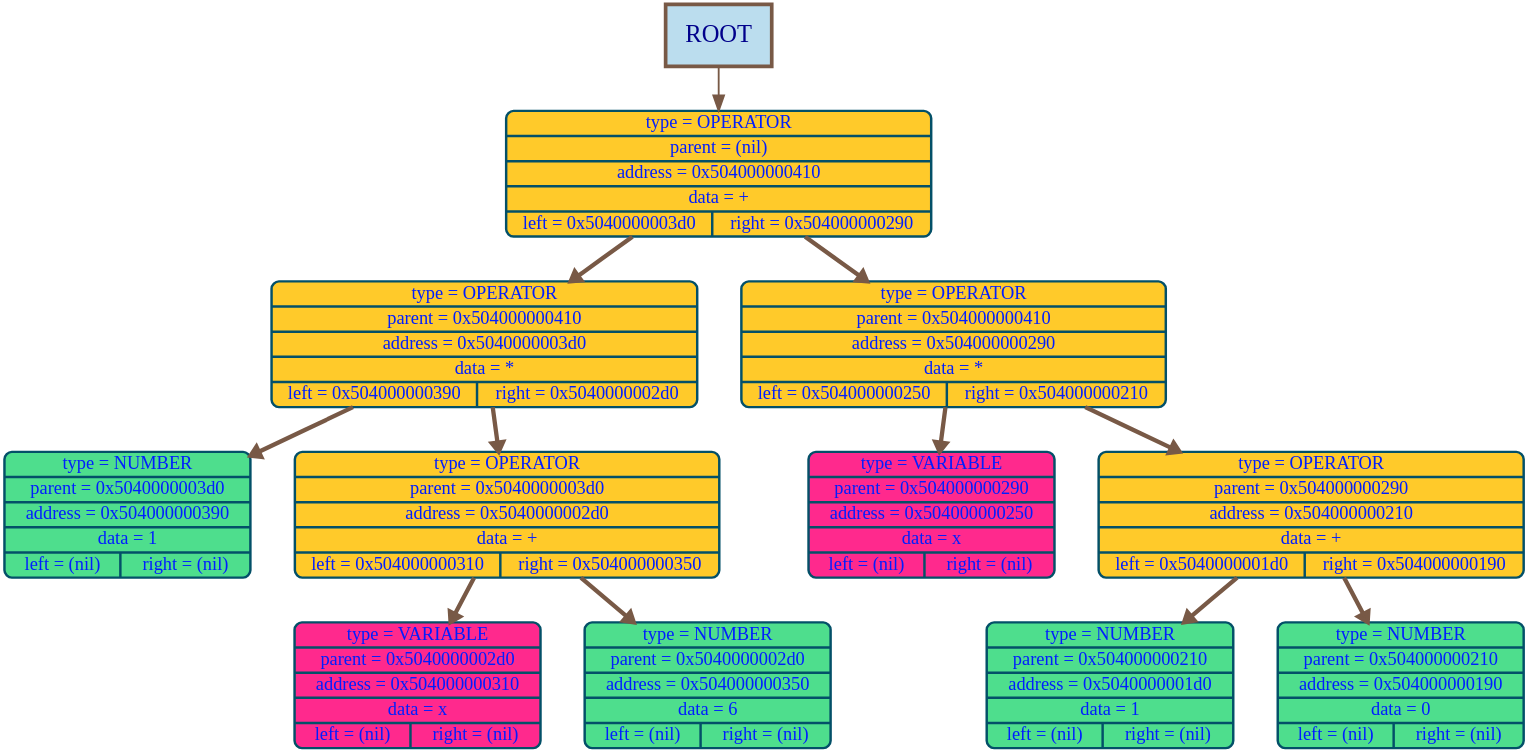
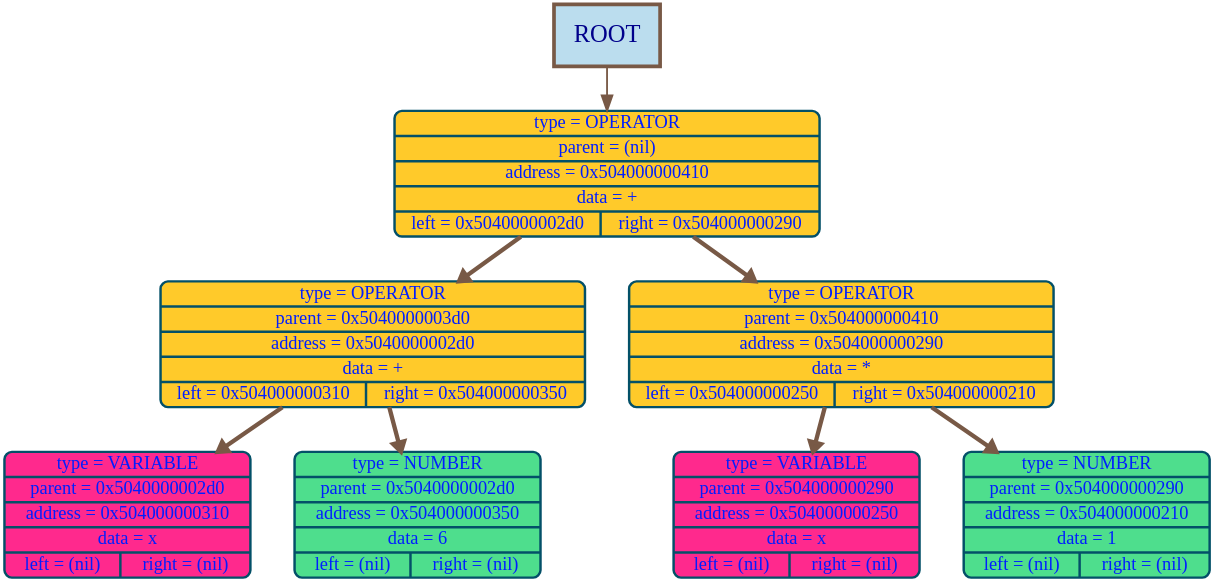
The diagram in graphDumps/graphDump.dot (timoko3/diffirenciator), drawn with Graphviz before and after one commit. The commit also changed 12 other files, not shown here.

```diff
--- a/graphDumps/graphDump.dot
+++ b/graphDumps/graphDump.dot
@@ -1,30 +1,22 @@
 digraph G {
 bgcolor="transparent"
 nodesep = 1;
 ranksep = 1
 	node [shape=Mrecord, style="filled", fillcolor="#70c07cff", fontcolor="#001effff", color="#035068ff", penwidth=4, fontname="Menlo", fontsize=30];
 
-	node1040 [label="{type = OPERATOR | parent = (nil) | address = 0x504000000410 | data = + | {left = 0x5040000003d0 | right = 0x504000000290}} ", fillcolor="#ffca2aff"];
-	node976 [label="{type = OPERATOR | parent = 0x504000000410 | address = 0x5040000003d0 | data = * | {left = 0x504000000390 | right = 0x5040000002d0}} ", fillcolor="#ffca2aff"];
-	node912 [label="{type = NUMBER | parent = 0x5040000003d0 | address = 0x504000000390 | data = 1 | {left = (nil) | right = (nil)}} ", fillcolor="#4ede8dff"];
+	node1040 [label="{type = OPERATOR | parent = (nil) | address = 0x504000000410 | data = + | {left = 0x5040000002d0 | right = 0x504000000290}} ", fillcolor="#ffca2aff"];
 	node720 [label="{type = OPERATOR | parent = 0x5040000003d0 | address = 0x5040000002d0 | data = + | {left = 0x504000000310 | right = 0x504000000350}} ", fillcolor="#ffca2aff"];
 	node784 [label="{type = VARIABLE | parent = 0x5040000002d0 | address = 0x504000000310 | data = x | {left = (nil) | right = (nil)}} ", fillcolor="#ff298dff"];
 	node848 [label="{type = NUMBER | parent = 0x5040000002d0 | address = 0x504000000350 | data = 6 | {left = (nil) | right = (nil)}} ", fillcolor="#4ede8dff"];
 	node656 [label="{type = OPERATOR | parent = 0x504000000410 | address = 0x504000000290 | data = * | {left = 0x504000000250 | right = 0x504000000210}} ", fillcolor="#ffca2aff"];
 	node592 [label="{type = VARIABLE | parent = 0x504000000290 | address = 0x504000000250 | data = x | {left = (nil) | right = (nil)}} ", fillcolor="#ff298dff"];
-	node528 [label="{type = OPERATOR | parent = 0x504000000290 | address = 0x504000000210 | data = + | {left = 0x5040000001d0 | right = 0x504000000190}} ", fillcolor="#ffca2aff"];
-	node464 [label="{type = NUMBER | parent = 0x504000000210 | address = 0x5040000001d0 | data = 1 | {left = (nil) | right = (nil)}} ", fillcolor="#4ede8dff"];
-	node400 [label="{type = NUMBER | parent = 0x504000000210 | address = 0x504000000190 | data = 0 | {left = (nil) | right = (nil)}} ", fillcolor="#4ede8dff"];
-node1040 ->node976 [color="#785946ff", arrowsize=1.5, penwidth=7, weight=1000];
-node976 ->node912 [color="#785946ff", arrowsize=1.5, penwidth=7, weight=1000];
-node976->node720 [color="#785946ff", arrowsize=1.5, penwidth=7, weight=1000];
+	node528 [label="{type = NUMBER | parent = 0x504000000290 | address = 0x504000000210 | data = 1 | {left = (nil) | right = (nil)}} ", fillcolor="#4ede8dff"];
+node1040 ->node720 [color="#785946ff", arrowsize=1.5, penwidth=7, weight=1000];
 node720 ->node784 [color="#785946ff", arrowsize=1.5, penwidth=7, weight=1000];
 node720->node848 [color="#785946ff", arrowsize=1.5, penwidth=7, weight=1000];
 node1040->node656 [color="#785946ff", arrowsize=1.5, penwidth=7, weight=1000];
 node656 ->node592 [color="#785946ff", arrowsize=1.5, penwidth=7, weight=1000];
 node656->node528 [color="#785946ff", arrowsize=1.5, penwidth=7, weight=1000];
-node528 ->node464 [color="#785946ff", arrowsize=1.5, penwidth=7, weight=1000];
-node528->node400 [color="#785946ff", arrowsize=1.5, penwidth=7, weight=1000];
 root_label [shape=box, width = 2.4, height = 1.4, label="ROOT", style="filled", fillcolor="#BBDDEE", color="#785946ff", penwidth = 6,  fontcolor="darkblue", fontsize = 40];
 root_label -> node1040 [color="#785946ff"  , arrowsize=2.5, penwidth=3];
 }
```
